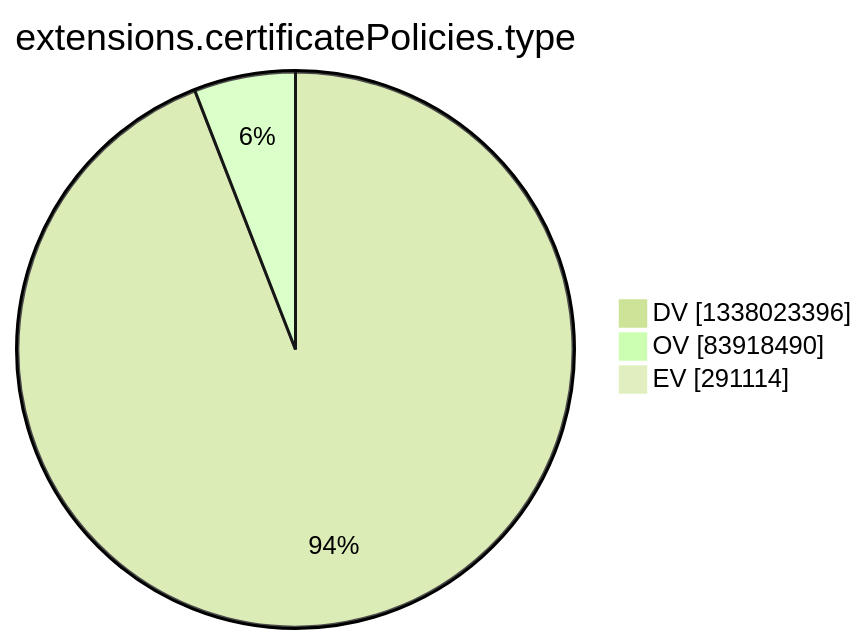
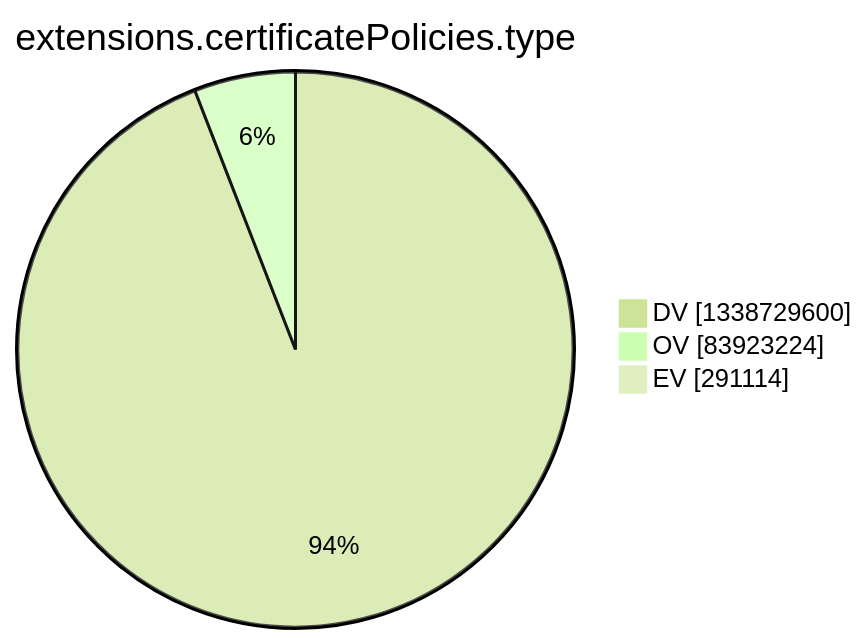
One commit to christiankrug/ctmonitor_visualization changed the tenth of 15 diagrams in argon2022/README.md. Above: the diagram before and after it, drawn with Mermaid (forest theme). The commit also changed other lines of this file, not shown here.

````diff
--- a/argon2022/README.md
+++ b/argon2022/README.md
@@ -2773,7 +2773,7 @@
 ```mermaid
 pie showData
 title extensions.certificatePolicies.type
-"DV" :1338023396
-"OV" :83918490
+"DV" :1338729600
+"OV" :83923224
 "EV" :291114
 ```
````
